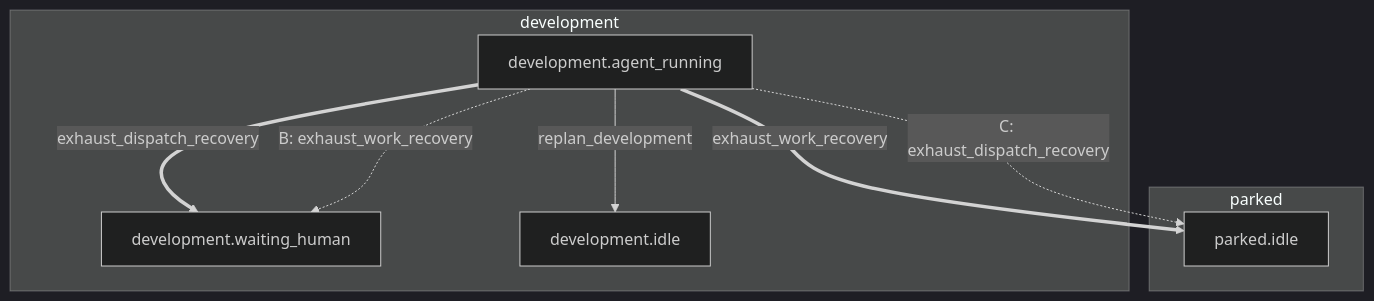
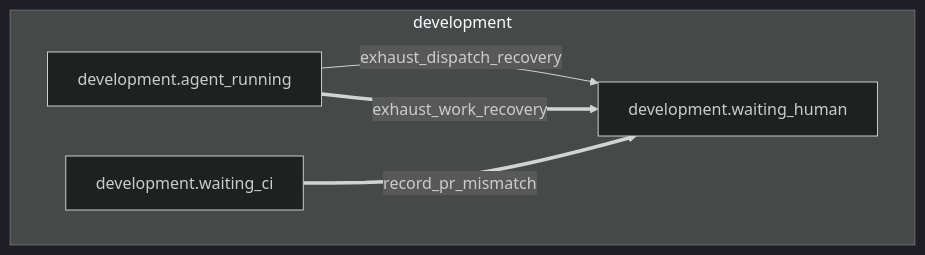
One commit to riseproject-dev/porting-agent changed the tenth of 52 diagrams in docs/state-machine/decisions.md. Above: the diagram before and after it, drawn with Mermaid (dark theme). The commit also changed other lines of this file and 9 other files, not shown here.

````diff
--- a/docs/state-machine/decisions.md
+++ b/docs/state-machine/decisions.md
@@ -277,17 +244,12 @@
 ```mermaid
 flowchart TB
     subgraph development["development"]
         development_agent_running["development.agent_running"]
+        development_waiting_ci["development.waiting_ci"]
         development_waiting_human["development.waiting_human"]
-        development_idle["development.idle"]
-    end
-    subgraph parked["parked"]
-        parked_idle["parked.idle"]
     end
 
-    development_agent_running ==>|exhaust_dispatch_recovery| development_waiting_human
-    development_agent_running ==>|exhaust_work_recovery| parked_idle
-    development_agent_running -->|replan_development| development_idle
-    development_agent_running -.->|"B: exhaust_work_recovery"| development_waiting_human
-    development_agent_running -.->|"C: exhaust_dispatch_recovery"| parked_idle
+    development_agent_running -->|exhaust_dispatch_recovery| development_waiting_human
+    development_agent_running ==>|exhaust_work_recovery| development_waiting_human
+    development_waiting_ci ==>|record_pr_mismatch| development_waiting_human
 ```
````
